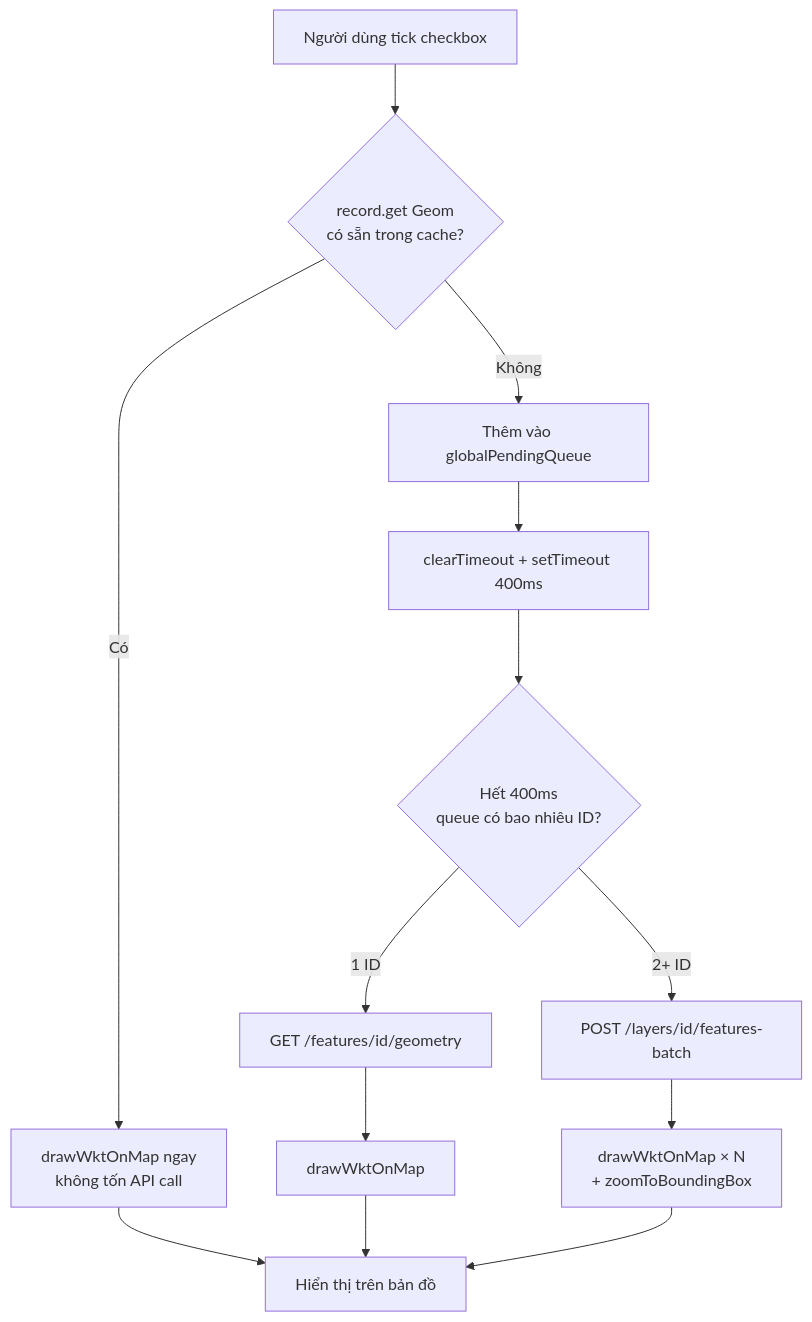
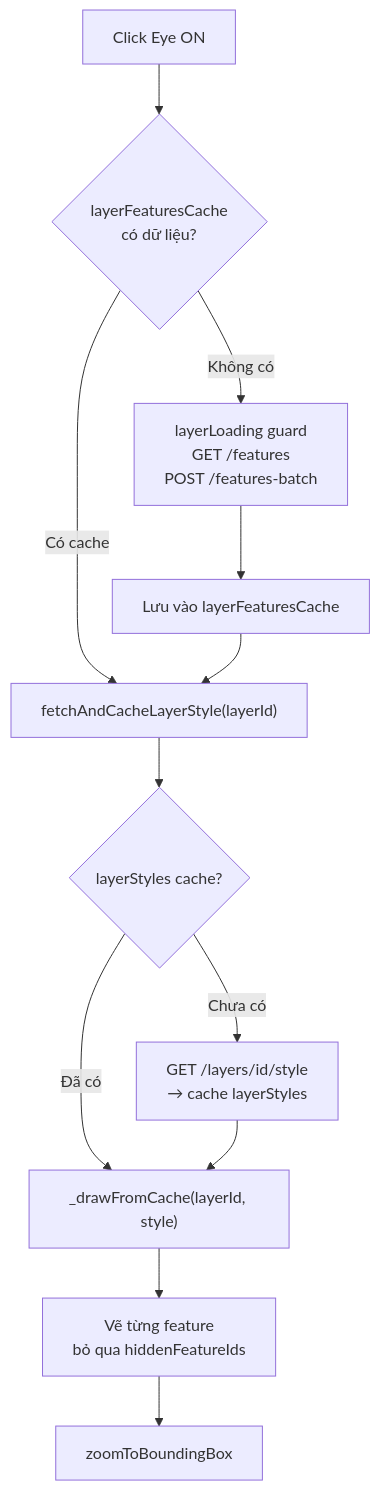
Before and after one commit to giangvanhung/gServer_0.0.1: the second of 8 diagrams in gServer_Introduction/docs/dataflow.md, drawn with Mermaid. The commit also changed other lines of this file and 14 other files, not shown here.

````diff
--- a/gServer_Introduction/docs/dataflow.md
+++ b/gServer_Introduction/docs/dataflow.md
@@ -29,15 +31,14 @@
 ```mermaid
 flowchart TD
-    A[Người dùng tick checkbox] --> B{record.get Geom\ncó sẵn trong cache?}
-    B -->|Có| C[drawWktOnMap ngay\nkhông tốn API call]
-    B -->|Không| D[Thêm vào globalPendingQueue]
-    D --> E[clearTimeout + setTimeout 400ms]
-    E --> F{Hết 400ms\nqueue có bao nhiêu ID?}
-    F -->|1 ID| G[GET /features/id/geometry]
-    F -->|2+ ID| H[POST /layers/id/features-batch]
-    G --> I[drawWktOnMap]
-    H --> J[drawWktOnMap × N\n+ zoomToBoundingBox]
-    C --> K[Hiển thị trên bản đồ]
-    I --> K
-    J --> K
+    A["Click Eye ON"] --> B{"layerFeaturesCache\ncó dữ liệu?"}
+    B -->|Có cache| C["fetchAndCacheLayerStyle(layerId)"]
+    B -->|Không có| D["layerLoading guard\nGET /features\nPOST /features-batch"]
+    D --> E["Lưu vào layerFeaturesCache"]
+    E --> C
+    C --> F{"layerStyles cache?"}
+    F -->|Đã có| G["_drawFromCache(layerId, style)"]
+    F -->|Chưa có| H["GET /layers/id/style\n→ cache layerStyles"]
+    H --> G
+    G --> I["Vẽ từng feature\nbỏ qua hiddenFeatureIds"]
+    I --> J["zoomToBoundingBox"]
 ```
````
